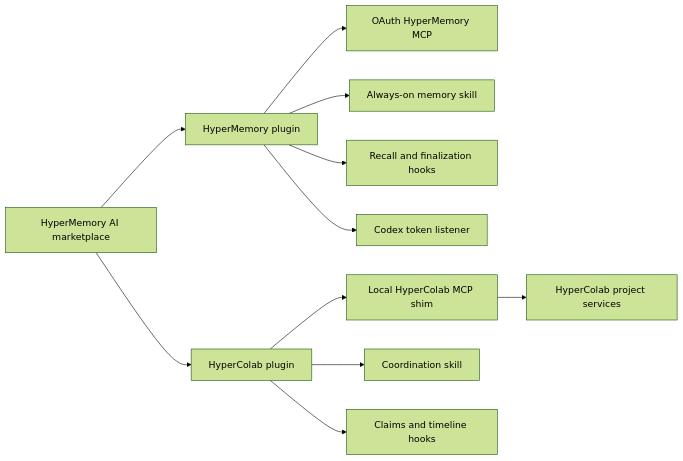
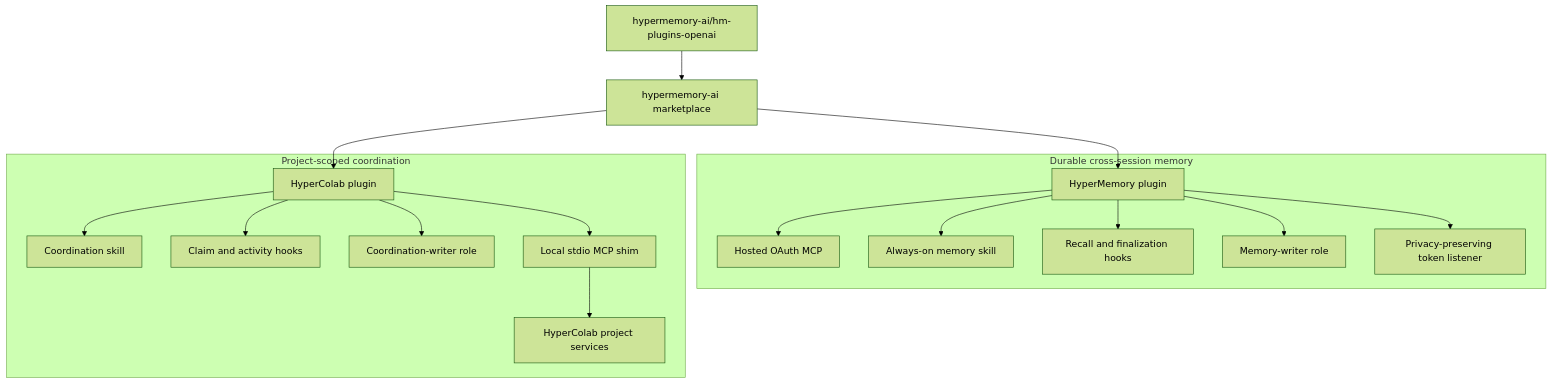
Before and after one commit to hypermemory-ai/hm-plugin-kimi: the third of 3 diagrams in README.md, drawn with Mermaid (forest theme). The commit also changed other lines of this file, not shown here.

Commit message:
Expand marketplace README

````diff
--- a/README.md
+++ b/README.md
@@ -60,15 +444,22 @@
 ```mermaid
-flowchart LR
-    Catalog["HyperMemory AI marketplace"] --> Memory["HyperMemory plugin"]
-    Catalog --> Colab["HyperColab plugin"]
+flowchart TB
+    Repo["hypermemory-ai/hm-plugins-openai"] --> Catalog["hypermemory-ai marketplace"]
+    Catalog --> HM["HyperMemory plugin"]
+    Catalog --> HC["HyperColab plugin"]
 
-    Memory --> MemoryMCP["OAuth HyperMemory MCP"]
-    Memory --> MemorySkill["Always-on memory skill"]
-    Memory --> MemoryHooks["Recall and finalization hooks"]
-    Memory --> Tokens["Codex token listener"]
+    subgraph PersonalMemory["Durable cross-session memory"]
+        HM --> HMMCP["Hosted OAuth MCP"]
+        HM --> HMSkill["Always-on memory skill"]
+        HM --> HMHooks["Recall and finalization hooks"]
+        HM --> HMAgent["Memory-writer role"]
+        HM --> Tokens["Privacy-preserving token listener"]
+    end
 
-    Colab --> ColabMCP["Local HyperColab MCP shim"]
-    Colab --> ColabSkill["Coordination skill"]
-    Colab --> ColabHooks["Claims and timeline hooks"]
-    ColabMCP --> Backend["HyperColab project services"]
+    subgraph ProjectCoordination["Project-scoped coordination"]
+        HC --> HCSkill["Coordination skill"]
+        HC --> HCHooks["Claim and activity hooks"]
+        HC --> HCAgent["Coordination-writer role"]
+        HC --> LocalMCP["Local stdio MCP shim"]
+        LocalMCP --> ColabAPI["HyperColab project services"]
+    end
 ```
````
